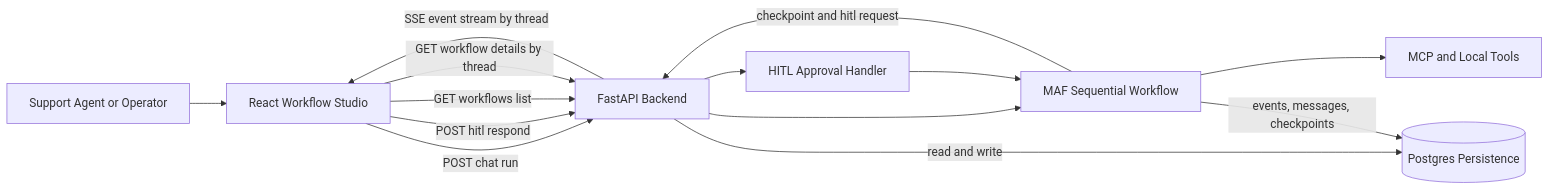
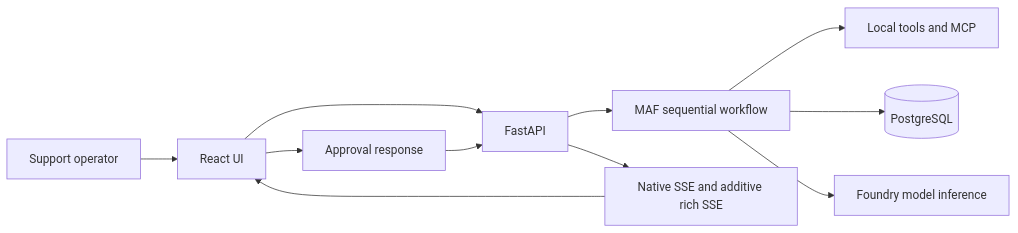
The diagram in docs/design/architecture.md (ppenumatsa1/maf-order-resolution-agent), drawn with Mermaid before and after one commit. The commit also changed other lines of this file and 29 other files, not shown here.

````diff
--- a/docs/design/architecture.md
+++ b/docs/design/architecture.md
@@ -27,25 +16,13 @@
 ```mermaid
 flowchart LR
-     U[Support Agent or Operator]
-     UI[React Workflow Studio]
-     API[FastAPI Backend]
-     ORCH[MAF Sequential Workflow]
-     HITL[HITL Approval Handler]
-     MCP[MCP and Local Tools]
-     DB[(Postgres Persistence)]
-
-    U --> UI
-     UI -->|POST chat run| API
-    API --> ORCH
-    ORCH --> MCP
-     ORCH -->|checkpoint and hitl request| API
-     API -->|SSE event stream by thread| UI
-     UI -->|POST hitl respond| API
-    API --> HITL
-    HITL --> ORCH
-
-     API -->|read and write| DB
-    ORCH -->|events, messages, checkpoints| DB
-     UI -->|GET workflows list| API
-     UI -->|GET workflow details by thread| API
+    U[Support operator] --> UI[React UI]
+    UI --> API[FastAPI]
+    API --> MAF[MAF sequential workflow]
+    MAF --> TOOLS[Local tools and MCP]
+    MAF --> PG[(PostgreSQL)]
+    MAF --> MODEL[Foundry model inference]
+    API --> SSE[Native SSE and additive rich SSE]
+    SSE --> UI
+    UI --> HITL[Approval response]
+    HITL --> API
 ```
````
